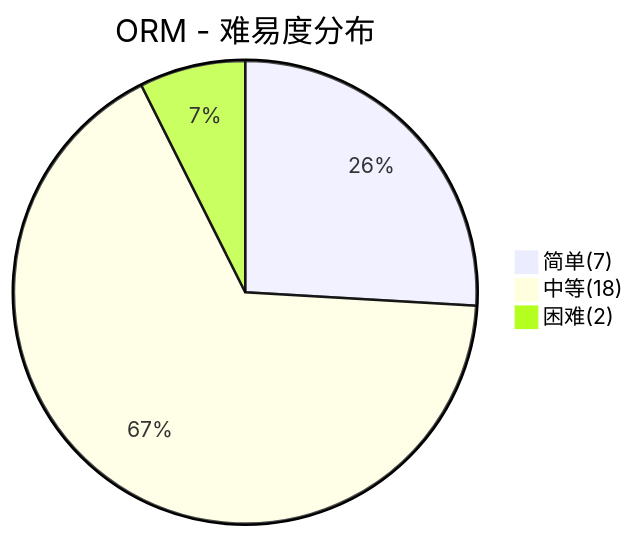
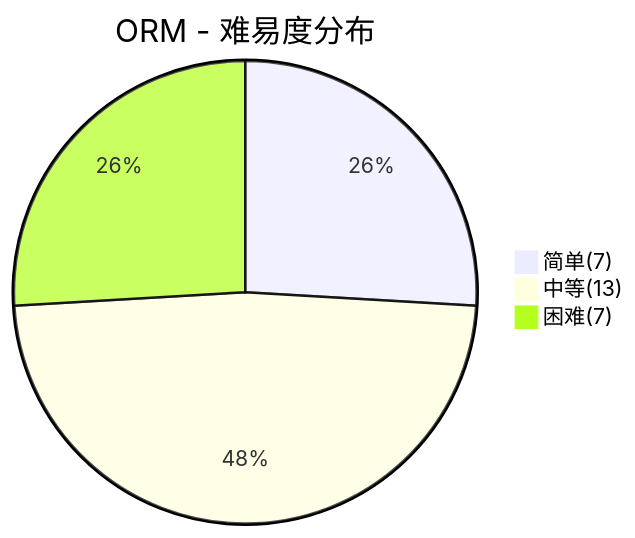
The fifth of 6 diagrams in docs/99.面试/Java框架面试.md (dunwu/waterdrop), drawn with Mermaid before and after one commit. The commit also changed other lines of this file and 73 other files, not shown here.

````diff
--- a/docs/99.面试/Java框架面试.md
+++ b/docs/99.面试/Java框架面试.md
@@ -281,6 +282,6 @@
 ```mermaid
 pie title ORM - 难易度分布
     "简单(7)" : 7
-    "中等(18)" : 18
-    "困难(2)" : 2
+    "中等(13)" : 13
+    "困难(7)" : 7
 ```
````
